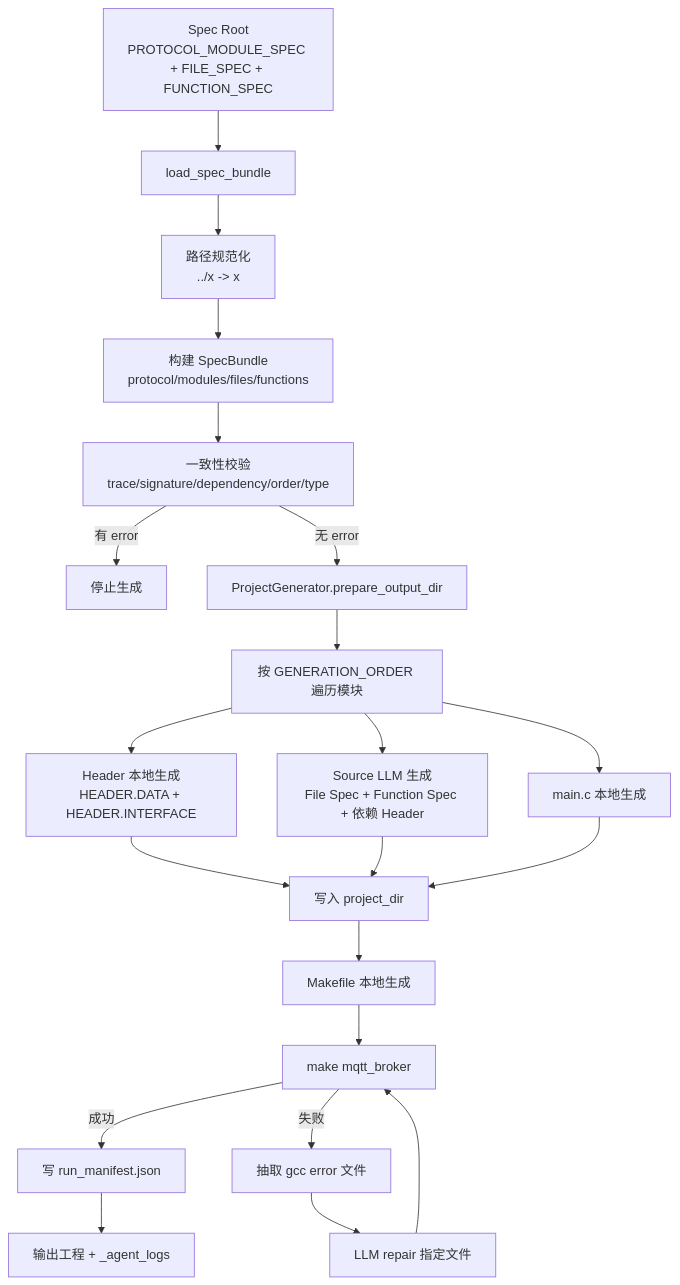
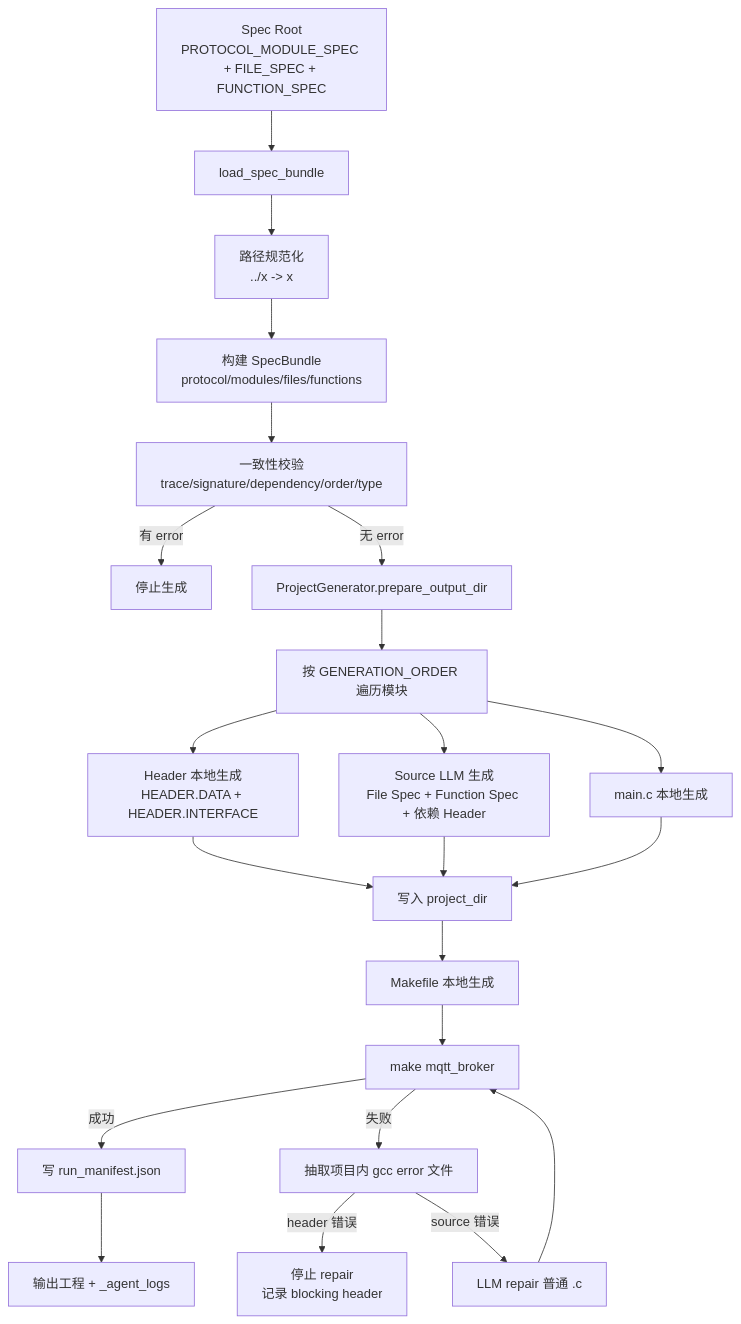
Before and after one commit to Assassin187/SpecForge: the first of 3 diagrams in agent/coder/README.md, drawn with Mermaid. The commit also changed other lines of this file and 5 other files, not shown here.

````diff
--- a/agent/coder/README.md
+++ b/agent/coder/README.md
@@ -17,28 +17,29 @@
 ```mermaid
 flowchart TD
     B[Spec Root<br/>PROTOCOL_MODULE_SPEC + FILE_SPEC + FUNCTION_SPEC] --> C[load_spec_bundle]
 
     C --> D[路径规范化<br/>../x -> x]
     D --> E[构建 SpecBundle<br/>protocol/modules/files/functions]
     E --> F[一致性校验<br/>trace/signature/dependency/order/type]
 
     F -->|有 error| X[停止生成]
     F -->|无 error| G[ProjectGenerator.prepare_output_dir]
 
     G --> H[按 GENERATION_ORDER 遍历模块]
     H --> I[Header 本地生成<br/>HEADER.DATA + HEADER.INTERFACE]
     H --> J[Source LLM 生成<br/>File Spec + Function Spec + 依赖 Header]
     H --> K[main.c 本地生成]
 
     I --> L[写入 project_dir]
     J --> L
     K --> L
     L --> M[Makefile 本地生成]
     M --> N[make mqtt_broker]
 
     N -->|成功| O[写 run_manifest.json]
-    N -->|失败| P[抽取 gcc error 文件]
-    P --> Q[LLM repair 指定文件]
+    N -->|失败| P[抽取项目内 gcc error 文件]
+    P -->|header 错误| X2[停止 repair<br/>记录 blocking header]
+    P -->|source 错误| Q[LLM repair 普通 .c]
     Q --> N
     O --> R[输出工程 + _agent_logs]
 ```
````
